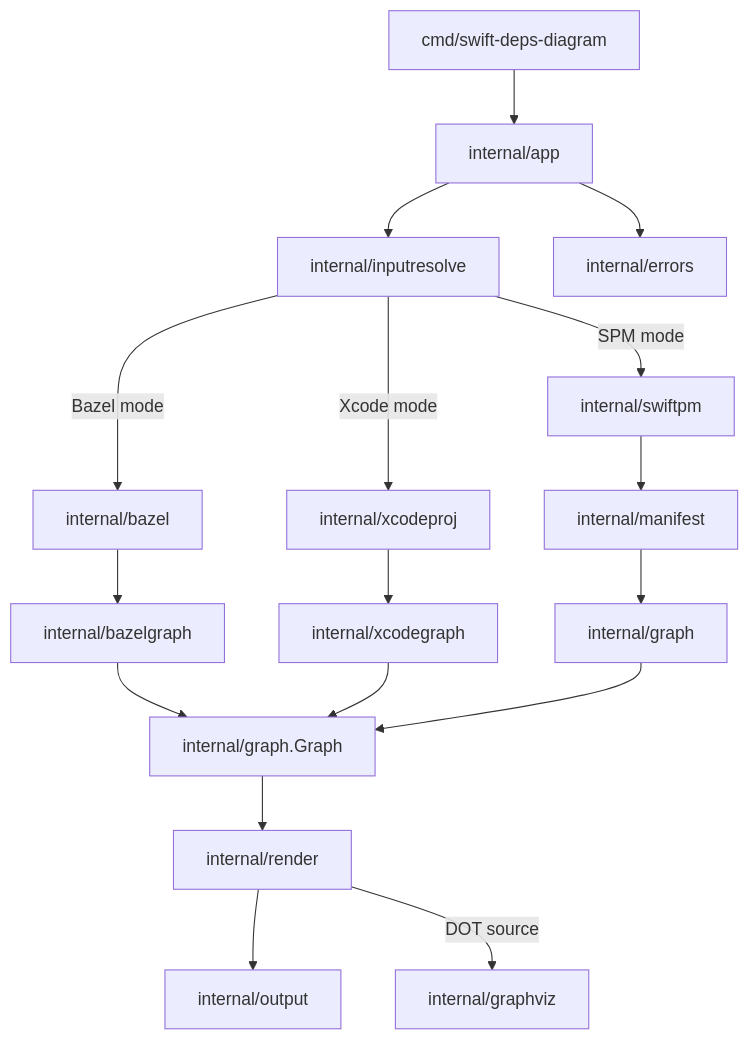
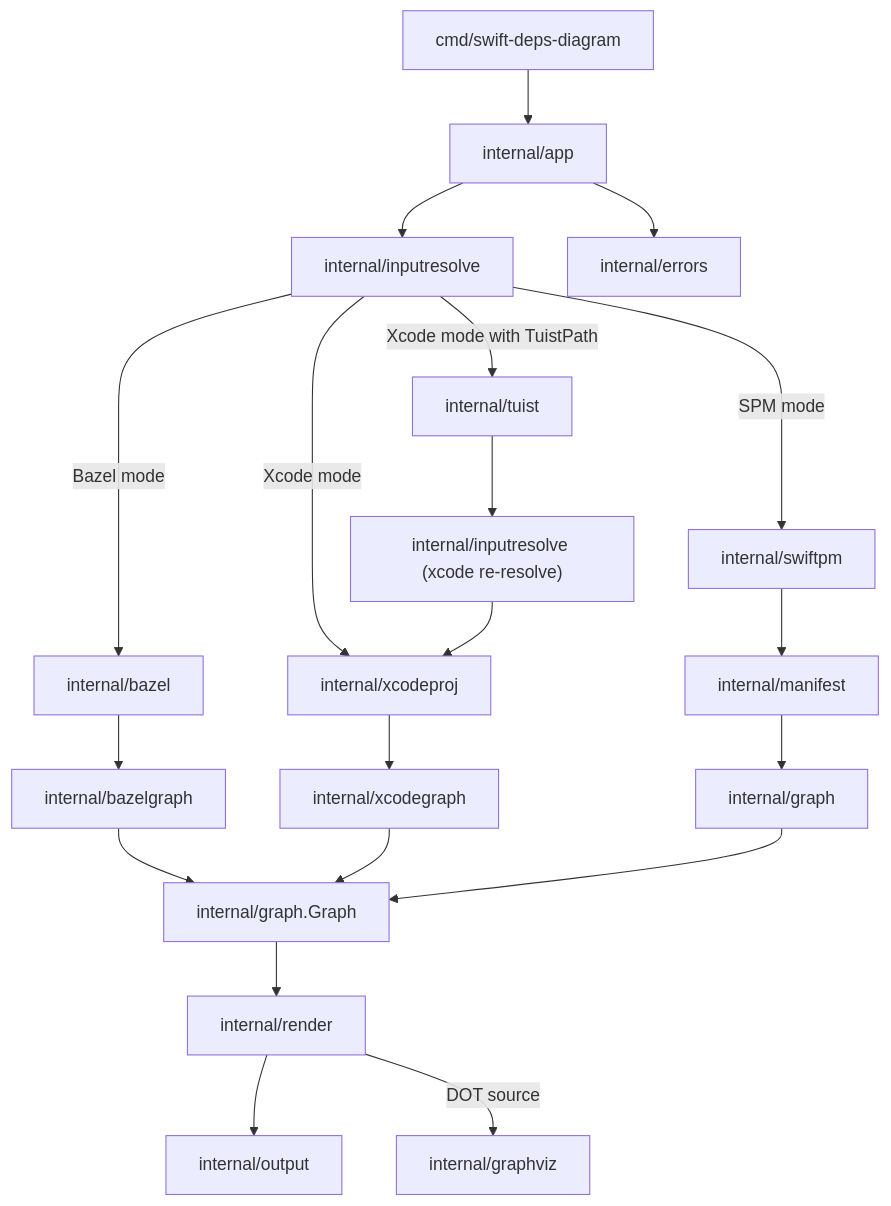
Before and after one commit to homerooliveira/swift-deps-diagram: the diagram in docs/architecture.md, drawn with Mermaid. The commit also changed other lines of this file and 10 other files, not shown here.

````diff
--- a/docs/architecture.md
+++ b/docs/architecture.md
@@ -7,19 +7,22 @@
 ```mermaid
 flowchart TD
     CLI["cmd/swift-deps-diagram"] --> APP["internal/app"]
     APP --> RESOLVE["internal/inputresolve"]
     RESOLVE -->|SPM mode| SWIFTPM["internal/swiftpm"]
     SWIFTPM --> MANIFEST["internal/manifest"]
     MANIFEST --> GRAPH["internal/graph"]
     RESOLVE -->|Xcode mode| XCODEPROJ["internal/xcodeproj"]
+    RESOLVE -->|Xcode mode with TuistPath| TUIST["internal/tuist"]
+    TUIST --> RERESOLVE["internal/inputresolve (xcode re-resolve)"]
+    RERESOLVE --> XCODEPROJ["internal/xcodeproj"]
     XCODEPROJ --> XCODEGRAPH["internal/xcodegraph"]
     RESOLVE -->|Bazel mode| BAZEL["internal/bazel"]
     BAZEL --> BAZELGRAPH["internal/bazelgraph"]
     BAZELGRAPH --> GRAPH_OUT["internal/graph.Graph"]
     XCODEGRAPH --> GRAPH_OUT["internal/graph.Graph"]
     GRAPH --> GRAPH_OUT
     GRAPH_OUT --> RENDER["internal/render"]
     RENDER --> OUTPUT["internal/output"]
     RENDER -->|DOT source| PNG["internal/graphviz"]
     APP --> ERR["internal/errors"]
 ```
````
